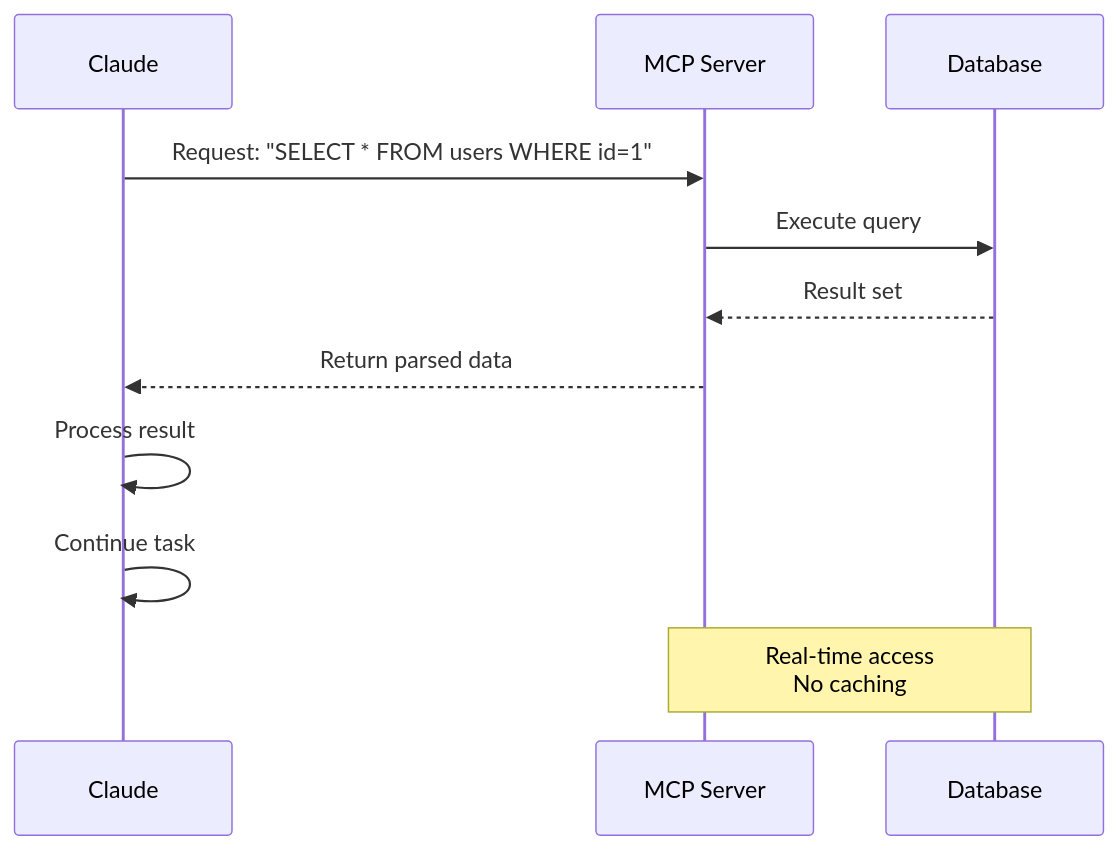
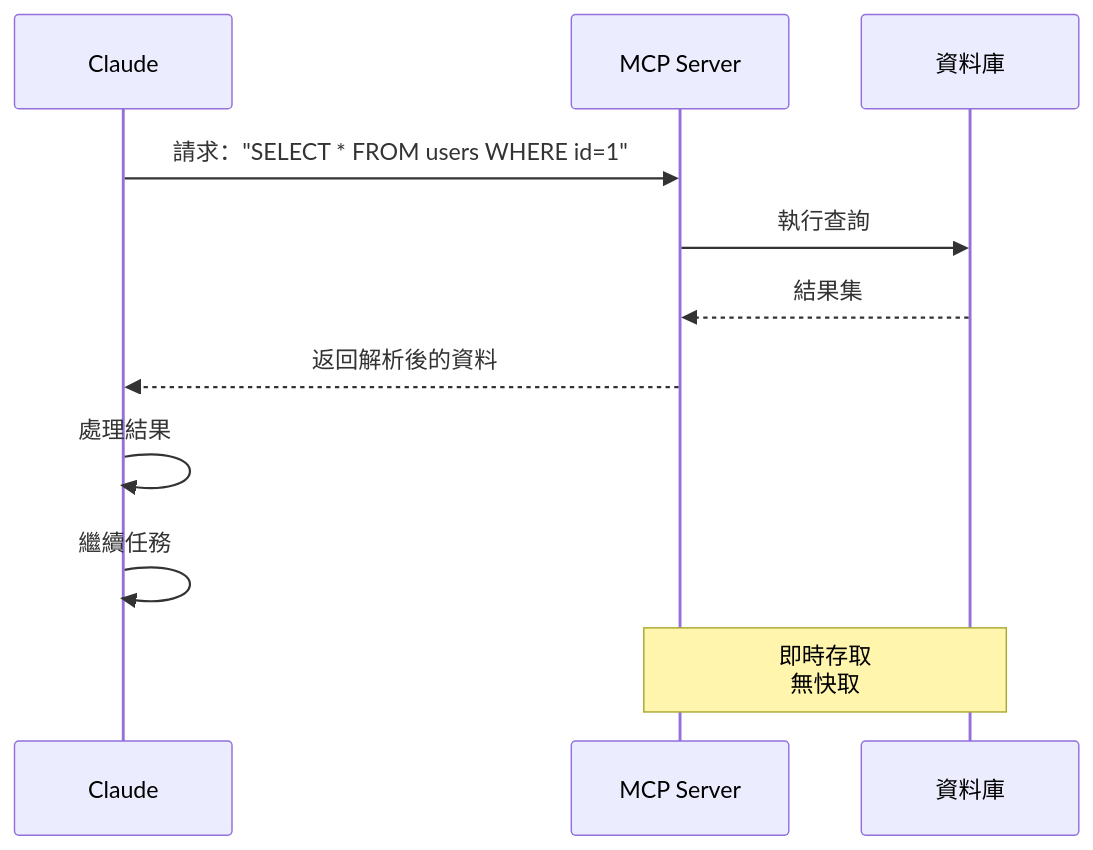
Diagram 16 of 31 in claude_concepts_guide.md (huckly/claude-howto-zh-tw), drawn with Mermaid before and after one commit. The commit also changed other lines of this file and 12 other files, not shown here.

````diff
--- a/claude_concepts_guide.md
+++ b/claude_concepts_guide.md
@@ -1214,15 +1214,15 @@
 ```mermaid
 sequenceDiagram
     participant App as Claude
     participant MCP as MCP Server
-    participant DB as Database
+    participant DB as 資料庫
 
-    App->>MCP: Request: "SELECT * FROM users WHERE id=1"
-    MCP->>DB: Execute query
-    DB-->>MCP: Result set
-    MCP-->>App: Return parsed data
-    App->>App: Process result
-    App->>App: Continue task
+    App->>MCP: 請求："SELECT * FROM users WHERE id=1"
+    MCP->>DB: 執行查詢
+    DB-->>MCP: 結果集
+    MCP-->>App: 返回解析後的資料
+    App->>App: 處理結果
+    App->>App: 繼續任務
 
-    Note over MCP,DB: Real-time access<br/>No caching
+    Note over MCP,DB: 即時存取<br/>無快取
 ```
````
